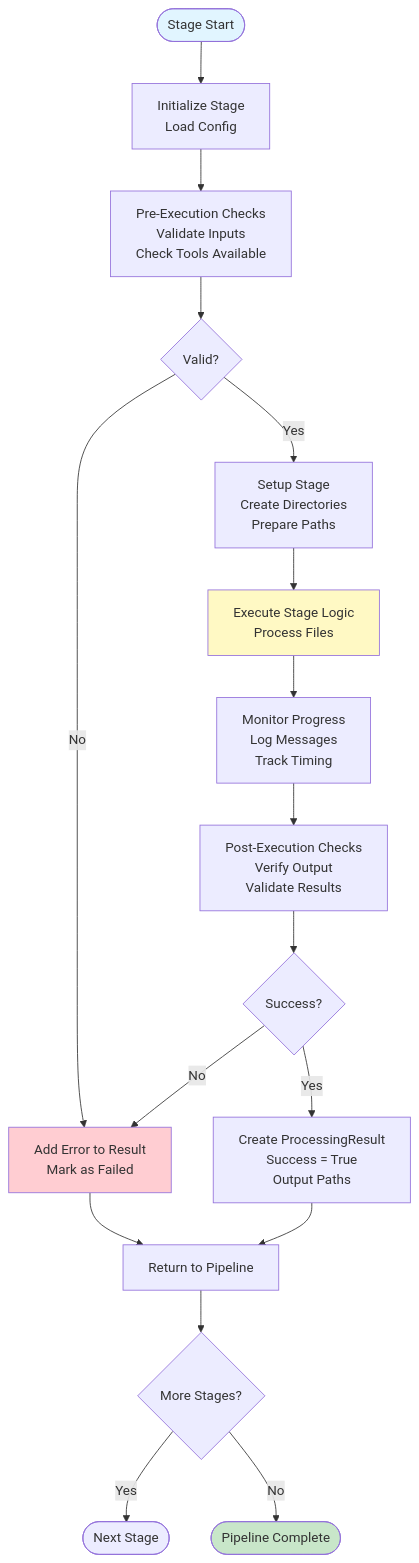
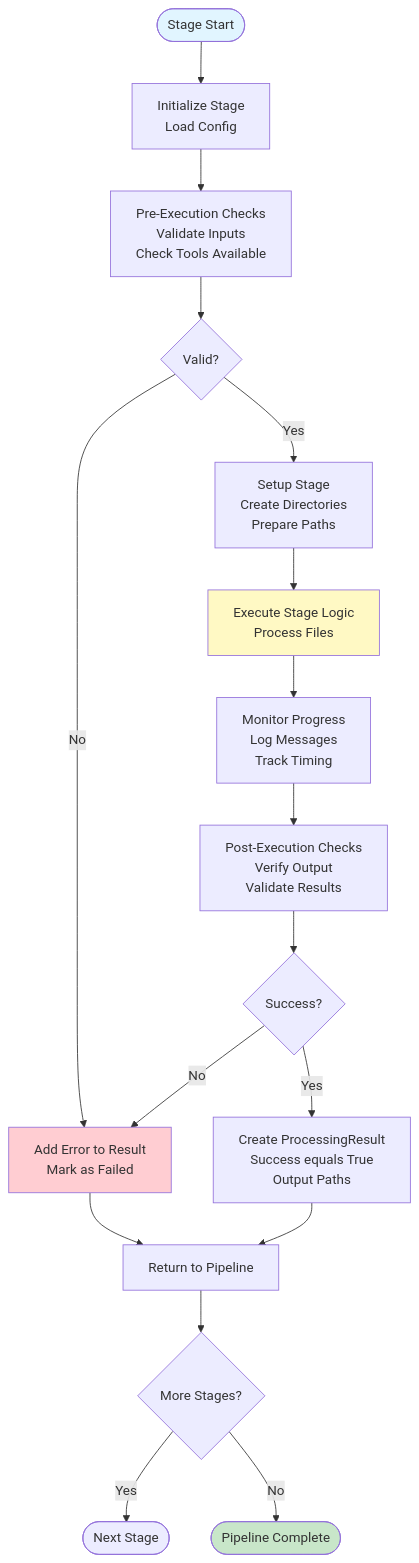
One commit to thomashollier/ded-pipe changed the fifth of 9 diagrams in FLOWCHARTS.md. Above: the diagram before and after it, drawn with Mermaid. The commit also changed other lines of this file, not shown here.

````diff
--- a/FLOWCHARTS.md
+++ b/FLOWCHARTS.md
@@ -279,35 +282,35 @@
 ```mermaid
 graph TB
-    Start([Stage Start]) --> Init[Initialize Stage<br/>Load Config]
+    Start([Stage Start]) --> Init["Initialize Stage<br/>Load Config"]
     
-    Init --> PreCheck[Pre-Execution Checks<br/>Validate Inputs<br/>Check Tools Available]
+    Init --> PreCheck["Pre-Execution Checks<br/>Validate Inputs<br/>Check Tools Available"]
     
     PreCheck --> Valid{Valid?}
     
-    Valid -->|No| Error[Add Error to Result<br/>Mark as Failed]
-    Valid -->|Yes| Setup[Setup Stage<br/>Create Directories<br/>Prepare Paths]
+    Valid -->|No| Error["Add Error to Result<br/>Mark as Failed"]
+    Valid -->|Yes| Setup["Setup Stage<br/>Create Directories<br/>Prepare Paths"]
     
-    Setup --> Process[Execute Stage Logic<br/>Process Files]
+    Setup --> Process["Execute Stage Logic<br/>Process Files"]
     
-    Process --> Monitor[Monitor Progress<br/>Log Messages<br/>Track Timing]
+    Process --> Monitor["Monitor Progress<br/>Log Messages<br/>Track Timing"]
     
-    Monitor --> PostCheck[Post-Execution Checks<br/>Verify Output<br/>Validate Results]
+    Monitor --> PostCheck["Post-Execution Checks<br/>Verify Output<br/>Validate Results"]
     
     PostCheck --> Success{Success?}
     
     Success -->|No| Error
-    Success -->|Yes| Result[Create ProcessingResult<br/>Success = True<br/>Output Paths]
+    Success -->|Yes| Result["Create ProcessingResult<br/>Success equals True<br/>Output Paths"]
     
     Error --> Return
-    Result --> Return[Return to Pipeline]
+    Result --> Return["Return to Pipeline"]
     
     Return --> Next{More Stages?}
     
     Next -->|Yes| NextStage([Next Stage])
     Next -->|No| Complete([Pipeline Complete])
     
     style Start fill:#e1f5ff
     style Complete fill:#c8e6c9
     style Error fill:#ffcdd2
     style Process fill:#fff9c4
 ```
````
